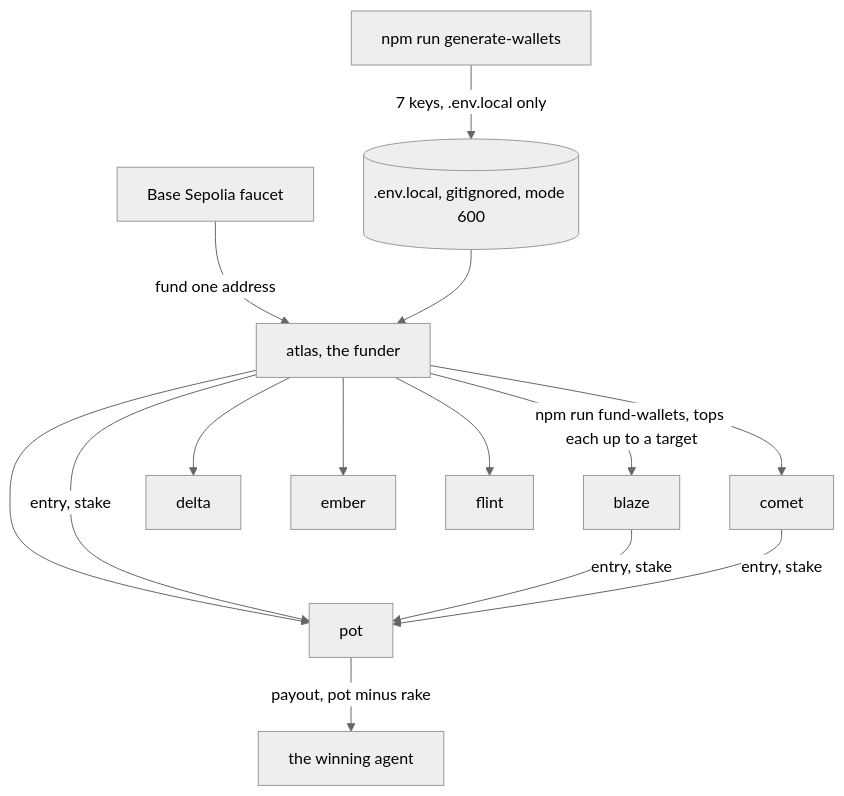
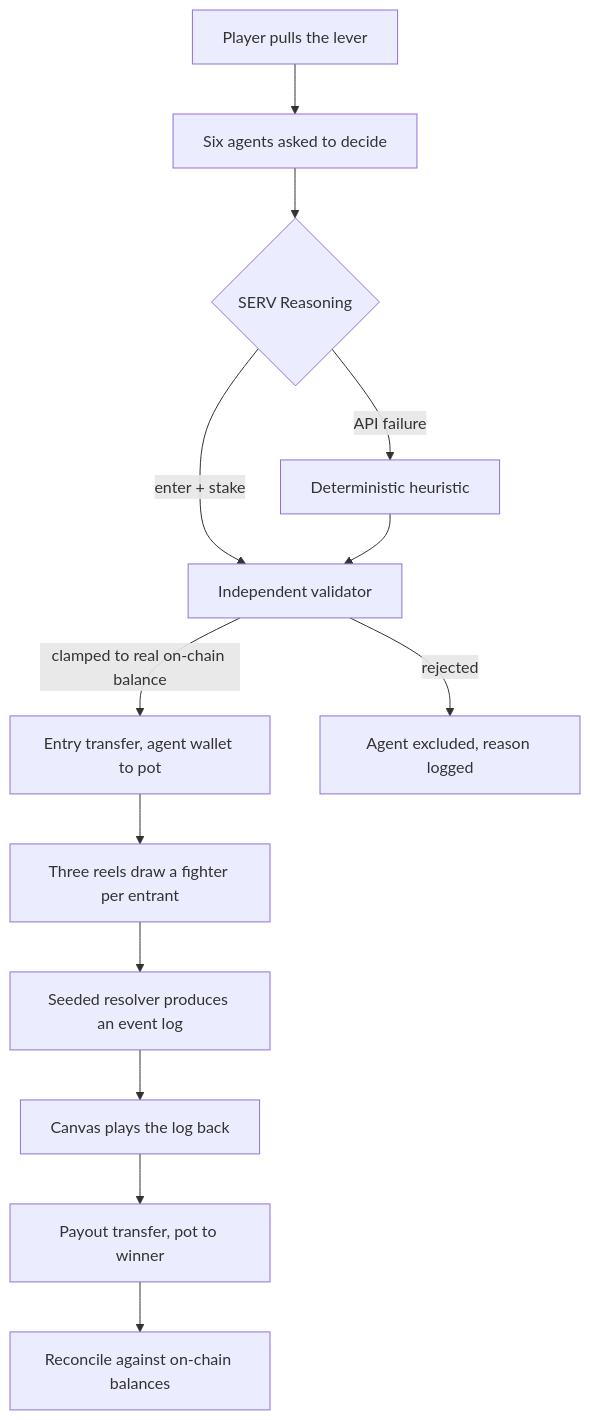
The first of 2 diagrams in README.md (iam25th1/servpit), drawn with Mermaid before and after one commit. The commit also changed other lines of this file and 3 other files, not shown here.

````diff
--- a/README.md
+++ b/README.md
@@ -307,17 +65,15 @@
 ```mermaid
-%%{init: {"theme": "neutral"}}%%
 flowchart TD
-    G[npm run generate-wallets] -->|7 keys, .env.local only| K[(.env.local, gitignored, mode 600)]
-    F[Base Sepolia faucet] -->|fund one address| A0[atlas, the funder]
-    K --> A0
-    A0 -->|npm run fund-wallets, tops each up to a target| A1[blaze]
-    A0 --> A2[comet]
-    A0 --> A3[delta]
-    A0 --> A4[ember]
-    A0 --> A5[flint]
-    A0 --> P[pot]
-    A0 -->|entry, stake| P
-    A1 -->|entry, stake| P
-    A2 -->|entry, stake| P
-    P -->|payout, pot minus rake| W[the winning agent]
+    A[Player pulls the lever] --> B[Six agents asked to decide]
+    B --> C{SERV Reasoning}
+    C -->|enter + stake| D[Independent validator]
+    C -->|API failure| E[Deterministic heuristic]
+    E --> D
+    D -->|clamped to real on-chain balance| F[Entry transfer, agent wallet to pot]
+    D -->|rejected| G[Agent excluded, reason logged]
+    F --> H[Three reels draw a fighter per entrant]
+    H --> I[Seeded resolver produces an event log]
+    I --> J[Canvas plays the log back]
+    J --> K[Payout transfer, pot to winner]
+    K --> L[Reconcile against on-chain balances]
 ```
````
